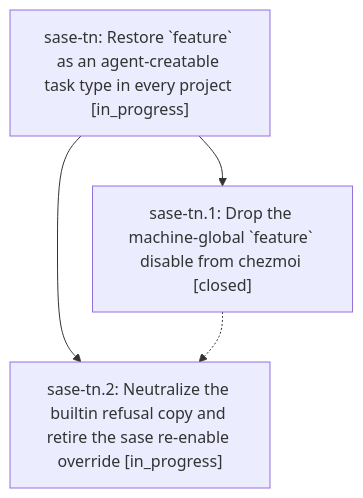
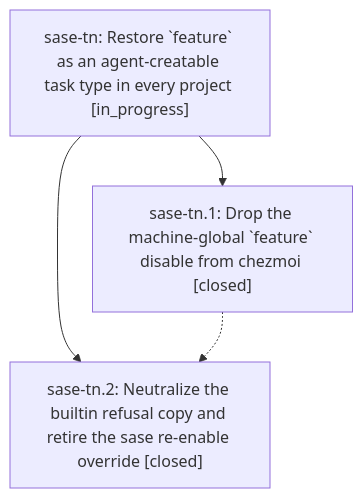
Before and after one commit to sase-org/sase--beads: the diagram in pages/sase-tn/README.md, drawn with Mermaid. The commit also changed other lines of this file and 2 other files, not shown here.

First line of the commit message:
chore(beads): sync bead state and pages for sase-tn

````diff
--- a/pages/sase-tn/README.md
+++ b/pages/sase-tn/README.md
@@ -23,9 +23,9 @@
 ```mermaid
 flowchart TD
     n0["sase-tn: Restore `feature` as an agent-creatable task type in every project [in_progress]"]
     n1["sase-tn.1: Drop the machine-global `feature` disable from chezmoi [closed]"]
-    n2["sase-tn.2: Neutralize the builtin refusal copy and retire the sase re-enable override [in_progress]"]
+    n2["sase-tn.2: Neutralize the builtin refusal copy and retire the sase re-enable override [closed]"]
     n0 --> n1
     n0 --> n2
     n1 -.-> n2
 ```
````
